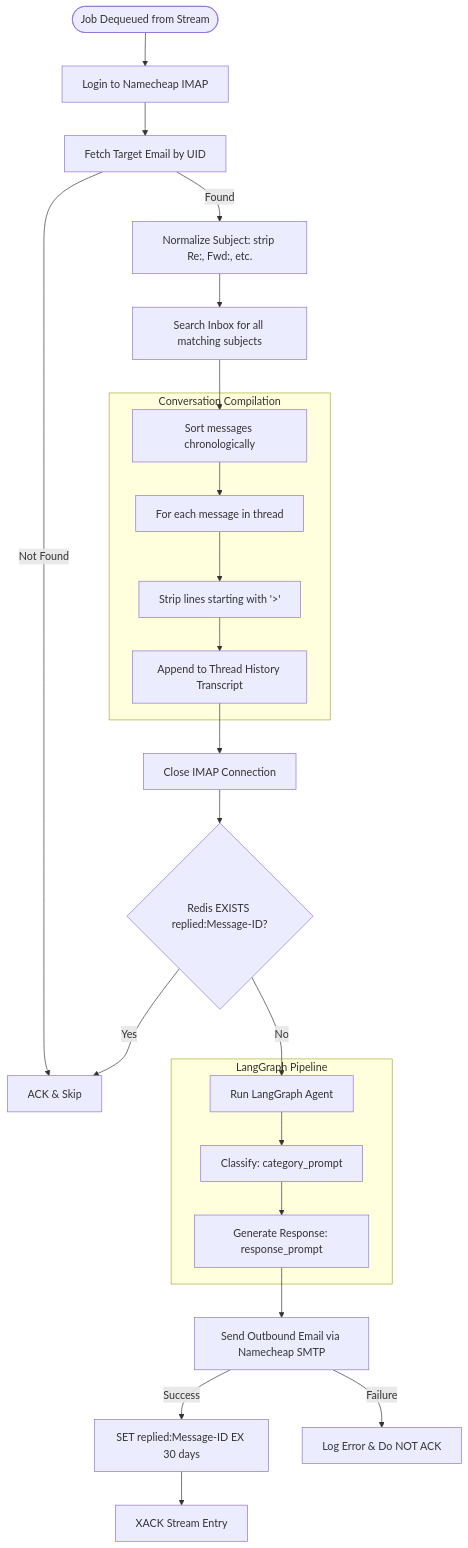
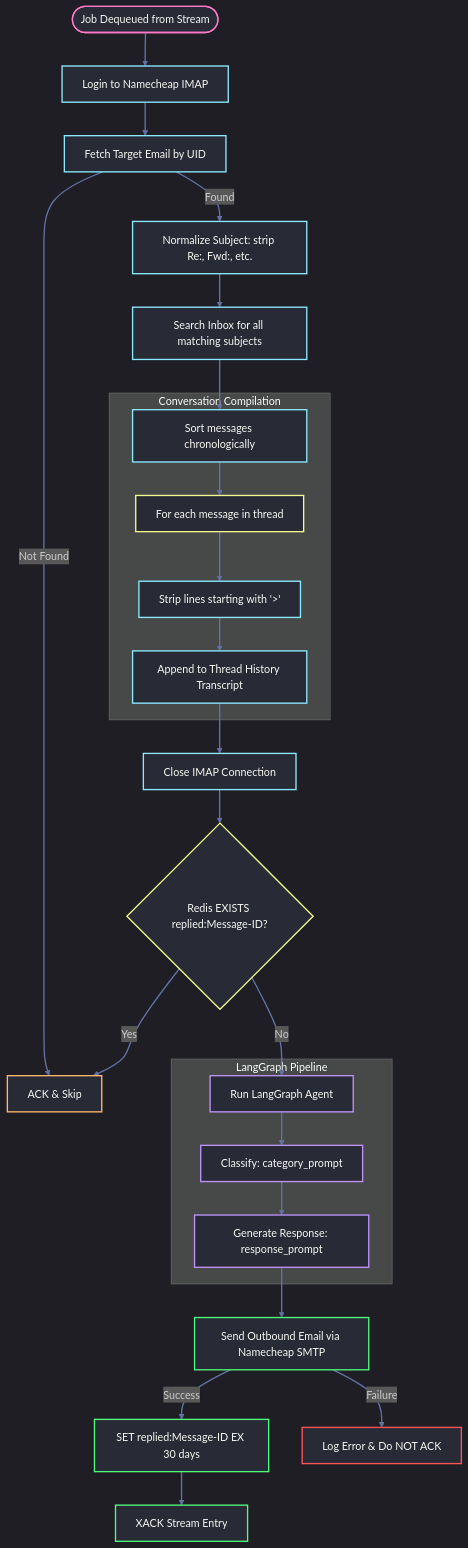
One commit to selvakumarperumal/Customer_Complaint_Responder changed the diagram in apps/worker/explanation.md. Above: the diagram before and after it, drawn with Mermaid. The commit also changed 2 other files, not shown here.

Commit message:
docs: apply Dracula theme to Mermaid flowcharts for better visibility

````diff
--- a/apps/worker/explanation.md
+++ b/apps/worker/explanation.md
@@ -11,35 +11,54 @@
 ```mermaid
+%%{init: {
+  'theme': 'dark',
+  'themeVariables': {
+    'background': '#282a36',
+    'primaryColor': '#282a36',
+    'primaryTextColor': '#f8f8f2',
+    'lineColor': '#6272a4'
+  }
+}}%%
 graph TD
-    Start([Job Dequeued from Stream]) --> LoginIMAP[Login to Namecheap IMAP]
-    LoginIMAP --> FetchTarget[Fetch Target Email by UID]
+    classDef startEnd fill:#282a36,stroke:#ff79c6,stroke-width:2px,color:#f8f8f2;
+    classDef process fill:#282a36,stroke:#8be9fd,stroke-width:2px,color:#f8f8f2;
+    classDef success fill:#282a36,stroke:#50fa7b,stroke-width:2px,color:#f8f8f2;
+    classDef decision fill:#282a36,stroke:#f1fa8c,stroke-width:2px,color:#f8f8f2;
+    classDef waitState fill:#282a36,stroke:#ffb86c,stroke-width:2px,color:#f8f8f2;
+    classDef errorState fill:#282a36,stroke:#ff5555,stroke-width:2px,color:#f8f8f2;
+    classDef agentState fill:#282a36,stroke:#bd93f9,stroke-width:2px,color:#f8f8f2;
+
+    Start([Job Dequeued from Stream]):::startEnd --> LoginIMAP[Login to Namecheap IMAP]:::process
+    LoginIMAP --> FetchTarget[Fetch Target Email by UID]:::process
     
-    FetchTarget -->|Not Found| AckSkip[ACK & Skip]
+    FetchTarget -->|Not Found| AckSkip[ACK & Skip]:::waitState
     
-    FetchTarget -->|Found| Normalize[Normalize Subject: strip Re:, Fwd:, etc.]
-    Normalize --> SearchThread[Search Inbox for all matching subjects]
-    SearchThread --> SortChron[Sort messages chronologically]
+    FetchTarget -->|Found| Normalize[Normalize Subject: strip Re:, Fwd:, etc.]:::process
+    Normalize --> SearchThread[Search Inbox for all matching subjects]:::process
+    SearchThread --> SortChron[Sort messages chronologically]:::process
     
     subgraph Conversation Compilation
-        SortChron --> LoopMsgs[For each message in thread]
-        LoopMsgs --> StripQuotes[Strip lines starting with '>']
-        StripQuotes --> FormatTranscript[Append to Thread History Transcript]
+        SortChron --> LoopMsgs[For each message in thread]:::decision
+        LoopMsgs --> StripQuotes[Strip lines starting with '>']:::process
+        StripQuotes --> FormatTranscript[Append to Thread History Transcript]:::process
     end
     
-    FormatTranscript --> CloseIMAP[Close IMAP Connection]
+    FormatTranscript --> CloseIMAP[Close IMAP Connection]:::process
     
-    CloseIMAP --> CheckDedupe{Redis EXISTS replied:Message-ID?}
+    CloseIMAP --> CheckDedupe{Redis EXISTS replied:Message-ID?}:::decision
     CheckDedupe -->|Yes| AckSkip
-    CheckDedupe -->|No| RunAgent[Run LangGraph Agent]
+    CheckDedupe -->|No| RunAgent[Run LangGraph Agent]:::agentState
     
     subgraph LangGraph Pipeline
-        RunAgent --> Classify[Classify: category_prompt]
-        Classify --> Generate[Generate Response: response_prompt]
+        RunAgent --> Classify[Classify: category_prompt]:::agentState
+        Classify --> Generate[Generate Response: response_prompt]:::agentState
     end
     
-    Generate --> SendSMTP[Send Outbound Email via Namecheap SMTP]
+    Generate --> SendSMTP[Send Outbound Email via Namecheap SMTP]:::success
     
-    SendSMTP -->|Success| SaveDedupe[SET replied:Message-ID EX 30 days]
-    SaveDedupe --> ACK[XACK Stream Entry]
+    SendSMTP -->|Success| SaveDedupe[SET replied:Message-ID EX 30 days]:::success
+    SaveDedupe --> ACK[XACK Stream Entry]:::success
     
-    SendSMTP -->|Failure| LogError[Log Error & Do NOT ACK]
+    SendSMTP -->|Failure| LogError[Log Error & Do NOT ACK]:::errorState
+
+    linkStyle default stroke:#6272a4,stroke-width:2px;
 ```
````
